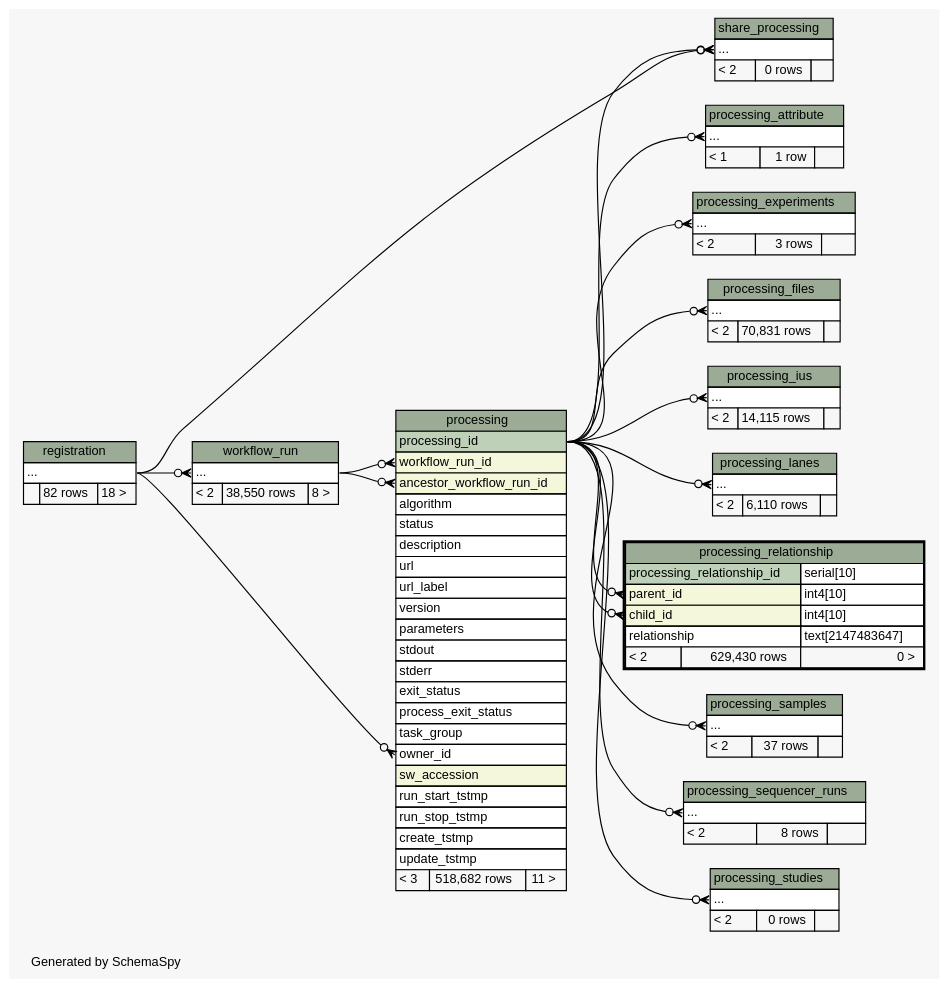
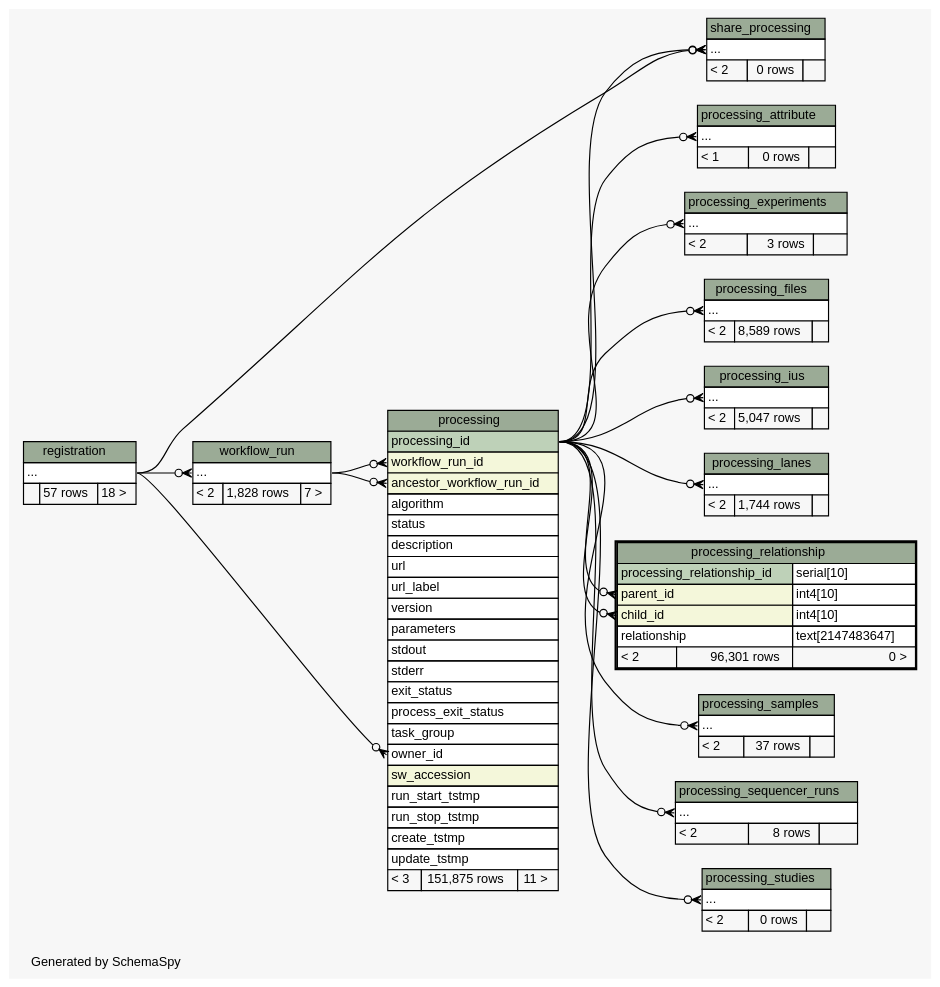
One commit to SeqWare/seqware.github.com changed the diagram in metadb-schema/diagrams/processing_relationship.2degrees.dot. Above: the diagram before and after it, drawn with Graphviz. The commit also changed 376 other files, not shown here.

```diff
--- a/metadb-schema/diagrams/processing_relationship.2degrees.dot
+++ b/metadb-schema/diagrams/processing_relationship.2degrees.dot
@@ -1,191 +1,191 @@
-// dot 2.26.3 on Linux 3.5.0-47-generic
+// dot 2.32.0 on Mac OS X 10.8.3
 // SchemaSpy rev 590
 digraph "twoDegreesRelationshipsDiagram" {
   graph [
     rankdir="RL"
     bgcolor="#f7f7f7"
     label="\nGenerated by SchemaSpy"
     labeljust="l"
     nodesep="0.18"
     ranksep="0.46"
     fontname="Helvetica"
     fontsize="11"
   ];
   node [
     fontname="Helvetica"
     fontsize="11"
     shape="plaintext"
   ];
   edge [
     arrowsize="0.8"
   ];
   "processing":"ancestor_workflow_run_id":w -> "workflow_run":"elipses":e [arrowhead=none dir=back arrowtail=crowodot];
   "processing":"owner_id":w -> "registration":"elipses":e [arrowhead=none dir=back arrowtail=crowodot];
   "processing":"workflow_run_id":w -> "workflow_run":"elipses":e [arrowhead=none dir=back arrowtail=crowodot];
   "processing_attribute":"elipses":w -> "processing":"processing_id":e [arrowhead=none dir=back arrowtail=crowodot];
   "processing_experiments":"elipses":w -> "processing":"processing_id":e [arrowhead=none dir=back arrowtail=crowodot];
   "processing_files":"elipses":w -> "processing":"processing_id":e [arrowhead=none dir=back arrowtail=crowodot];
   "processing_ius":"elipses":w -> "processing":"processing_id":e [arrowhead=none dir=back arrowtail=crowodot];
   "processing_lanes":"elipses":w -> "processing":"processing_id":e [arrowhead=none dir=back arrowtail=crowodot];
   "processing_relationship":"child_id":w -> "processing":"processing_id":e [arrowhead=none dir=back arrowtail=crowodot];
   "processing_relationship":"parent_id":w -> "processing":"processing_id":e [arrowhead=none dir=back arrowtail=crowodot];
   "processing_samples":"elipses":w -> "processing":"processing_id":e [arrowhead=none dir=back arrowtail=crowodot];
   "processing_sequencer_runs":"elipses":w -> "processing":"processing_id":e [arrowhead=none dir=back arrowtail=crowodot];
   "processing_studies":"elipses":w -> "processing":"processing_id":e [arrowhead=none dir=back arrowtail=crowodot];
   "share_processing":"elipses":w -> "processing":"processing_id":e [arrowhead=none dir=back arrowtail=crowodot];
   "share_processing":"elipses":w -> "registration":"elipses":e [arrowhead=none dir=back arrowtail=crowodot];
   "workflow_run":"elipses":w -> "registration":"elipses":e [arrowhead=none dir=back arrowtail=crowodot];
   "processing" [
     label=<
     <TABLE BORDER="0" CELLBORDER="1" CELLSPACING="0" BGCOLOR="#ffffff">
       <TR><TD COLSPAN="3" BGCOLOR="#9bab96" ALIGN="CENTER">processing</TD></TR>
       <TR><TD PORT="processing_id" COLSPAN="3" BGCOLOR="#bed1b8" ALIGN="LEFT">processing_id</TD></TR>
       <TR><TD PORT="workflow_run_id" COLSPAN="3" BGCOLOR="#f4f7da" ALIGN="LEFT">workflow_run_id</TD></TR>
       <TR><TD PORT="ancestor_workflow_run_id" COLSPAN="3" BGCOLOR="#f4f7da" ALIGN="LEFT">ancestor_workflow_run_id</TD></TR>
       <TR><TD PORT="algorithm" COLSPAN="3" ALIGN="LEFT">algorithm</TD></TR>
       <TR><TD PORT="status" COLSPAN="3" ALIGN="LEFT">status</TD></TR>
       <TR><TD PORT="description" COLSPAN="3" ALIGN="LEFT">description</TD></TR>
       <TR><TD PORT="url" COLSPAN="3" ALIGN="LEFT">url</TD></TR>
       <TR><TD PORT="url_label" COLSPAN="3" ALIGN="LEFT">url_label</TD></TR>
       <TR><TD PORT="version" COLSPAN="3" ALIGN="LEFT">version</TD></TR>
       <TR><TD PORT="parameters" COLSPAN="3" ALIGN="LEFT">parameters</TD></TR>
       <TR><TD PORT="stdout" COLSPAN="3" ALIGN="LEFT">stdout</TD></TR>
       <TR><TD PORT="stderr" COLSPAN="3" ALIGN="LEFT">stderr</TD></TR>
       <TR><TD PORT="exit_status" COLSPAN="3" ALIGN="LEFT">exit_status</TD></TR>
       <TR><TD PORT="process_exit_status" COLSPAN="3" ALIGN="LEFT">process_exit_status</TD></TR>
       <TR><TD PORT="task_group" COLSPAN="3" ALIGN="LEFT">task_group</TD></TR>
       <TR><TD PORT="owner_id" COLSPAN="3" ALIGN="LEFT">owner_id</TD></TR>
       <TR><TD PORT="sw_accession" COLSPAN="3" BGCOLOR="#f4f7da" ALIGN="LEFT">sw_accession</TD></TR>
       <TR><TD PORT="run_start_tstmp" COLSPAN="3" ALIGN="LEFT">run_start_tstmp</TD></TR>
       <TR><TD PORT="run_stop_tstmp" COLSPAN="3" ALIGN="LEFT">run_stop_tstmp</TD></TR>
       <TR><TD PORT="create_tstmp" COLSPAN="3" ALIGN="LEFT">create_tstmp</TD></TR>
       <TR><TD PORT="update_tstmp" COLSPAN="3" ALIGN="LEFT">update_tstmp</TD></TR>
-      <TR><TD ALIGN="LEFT" BGCOLOR="#f7f7f7">&lt; 3</TD><TD ALIGN="RIGHT" BGCOLOR="#f7f7f7">518,682 rows</TD><TD ALIGN="RIGHT" BGCOLOR="#f7f7f7">11 &gt;</TD></TR>
+      <TR><TD ALIGN="LEFT" BGCOLOR="#f7f7f7">&lt; 3</TD><TD ALIGN="RIGHT" BGCOLOR="#f7f7f7">151,875 rows</TD><TD ALIGN="RIGHT" BGCOLOR="#f7f7f7">11 &gt;</TD></TR>
     </TABLE>>
     URL="processing.html"
     tooltip="processing"
   ];
   "processing_attribute" [
     label=<
     <TABLE BORDER="0" CELLBORDER="1" CELLSPACING="0" BGCOLOR="#ffffff">
       <TR><TD COLSPAN="3" BGCOLOR="#9bab96" ALIGN="CENTER">processing_attribute</TD></TR>
       <TR><TD PORT="elipses" COLSPAN="3" ALIGN="LEFT">...</TD></TR>
-      <TR><TD ALIGN="LEFT" BGCOLOR="#f7f7f7">&lt; 1</TD><TD ALIGN="RIGHT" BGCOLOR="#f7f7f7">1 row</TD><TD ALIGN="RIGHT" BGCOLOR="#f7f7f7">  </TD></TR>
+      <TR><TD ALIGN="LEFT" BGCOLOR="#f7f7f7">&lt; 1</TD><TD ALIGN="RIGHT" BGCOLOR="#f7f7f7">0 rows</TD><TD ALIGN="RIGHT" BGCOLOR="#f7f7f7">  </TD></TR>
     </TABLE>>
     URL="processing_attribute.html"
     tooltip="processing_attribute"
   ];
   "processing_experiments" [
     label=<
     <TABLE BORDER="0" CELLBORDER="1" CELLSPACING="0" BGCOLOR="#ffffff">
       <TR><TD COLSPAN="3" BGCOLOR="#9bab96" ALIGN="CENTER">processing_experiments</TD></TR>
       <TR><TD PORT="elipses" COLSPAN="3" ALIGN="LEFT">...</TD></TR>
       <TR><TD ALIGN="LEFT" BGCOLOR="#f7f7f7">&lt; 2</TD><TD ALIGN="RIGHT" BGCOLOR="#f7f7f7">3 rows</TD><TD ALIGN="RIGHT" BGCOLOR="#f7f7f7">  </TD></TR>
     </TABLE>>
     URL="processing_experiments.html"
     tooltip="processing_experiments"
   ];
   "processing_files" [
     label=<
     <TABLE BORDER="0" CELLBORDER="1" CELLSPACING="0" BGCOLOR="#ffffff">
       <TR><TD COLSPAN="3" BGCOLOR="#9bab96" ALIGN="CENTER">processing_files</TD></TR>
       <TR><TD PORT="elipses" COLSPAN="3" ALIGN="LEFT">...</TD></TR>
-      <TR><TD ALIGN="LEFT" BGCOLOR="#f7f7f7">&lt; 2</TD><TD ALIGN="RIGHT" BGCOLOR="#f7f7f7">70,831 rows</TD><TD ALIGN="RIGHT" BGCOLOR="#f7f7f7">  </TD></TR>
+      <TR><TD ALIGN="LEFT" BGCOLOR="#f7f7f7">&lt; 2</TD><TD ALIGN="RIGHT" BGCOLOR="#f7f7f7">8,589 rows</TD><TD ALIGN="RIGHT" BGCOLOR="#f7f7f7">  </TD></TR>
     </TABLE>>
     URL="processing_files.html"
     tooltip="processing_files"
   ];
   "processing_ius" [
     label=<
     <TABLE BORDER="0" CELLBORDER="1" CELLSPACING="0" BGCOLOR="#ffffff">
       <TR><TD COLSPAN="3" BGCOLOR="#9bab96" ALIGN="CENTER">processing_ius</TD></TR>
       <TR><TD PORT="elipses" COLSPAN="3" ALIGN="LEFT">...</TD></TR>
-      <TR><TD ALIGN="LEFT" BGCOLOR="#f7f7f7">&lt; 2</TD><TD ALIGN="RIGHT" BGCOLOR="#f7f7f7">14,115 rows</TD><TD ALIGN="RIGHT" BGCOLOR="#f7f7f7">  </TD></TR>
+      <TR><TD ALIGN="LEFT" BGCOLOR="#f7f7f7">&lt; 2</TD><TD ALIGN="RIGHT" BGCOLOR="#f7f7f7">5,047 rows</TD><TD ALIGN="RIGHT" BGCOLOR="#f7f7f7">  </TD></TR>
     </TABLE>>
     URL="processing_ius.html"
     tooltip="processing_ius"
   ];
   "processing_lanes" [
     label=<
     <TABLE BORDER="0" CELLBORDER="1" CELLSPACING="0" BGCOLOR="#ffffff">
       <TR><TD COLSPAN="3" BGCOLOR="#9bab96" ALIGN="CENTER">processing_lanes</TD></TR>
       <TR><TD PORT="elipses" COLSPAN="3" ALIGN="LEFT">...</TD></TR>
-      <TR><TD ALIGN="LEFT" BGCOLOR="#f7f7f7">&lt; 2</TD><TD ALIGN="RIGHT" BGCOLOR="#f7f7f7">6,110 rows</TD><TD ALIGN="RIGHT" BGCOLOR="#f7f7f7">  </TD></TR>
+      <TR><TD ALIGN="LEFT" BGCOLOR="#f7f7f7">&lt; 2</TD><TD ALIGN="RIGHT" BGCOLOR="#f7f7f7">1,744 rows</TD><TD ALIGN="RIGHT" BGCOLOR="#f7f7f7">  </TD></TR>
     </TABLE>>
     URL="processing_lanes.html"
     tooltip="processing_lanes"
   ];
   "processing_relationship" [
     label=<
     <TABLE BORDER="2" CELLBORDER="1" CELLSPACING="0" BGCOLOR="#ffffff">
       <TR><TD COLSPAN="3" BGCOLOR="#9bab96" ALIGN="CENTER">processing_relationship</TD></TR>
       <TR><TD PORT="processing_relationship_id" COLSPAN="2" BGCOLOR="#bed1b8" ALIGN="LEFT">processing_relationship_id</TD><TD PORT="processing_relationship_id.type" ALIGN="LEFT">serial[10]</TD></TR>
       <TR><TD PORT="parent_id" COLSPAN="2" BGCOLOR="#f4f7da" ALIGN="LEFT">parent_id</TD><TD PORT="parent_id.type" ALIGN="LEFT">int4[10]</TD></TR>
       <TR><TD PORT="child_id" COLSPAN="2" BGCOLOR="#f4f7da" ALIGN="LEFT">child_id</TD><TD PORT="child_id.type" ALIGN="LEFT">int4[10]</TD></TR>
       <TR><TD PORT="relationship" COLSPAN="2" ALIGN="LEFT">relationship</TD><TD PORT="relationship.type" ALIGN="LEFT">text[2147483647]</TD></TR>
-      <TR><TD ALIGN="LEFT" BGCOLOR="#f7f7f7">&lt; 2</TD><TD ALIGN="RIGHT" BGCOLOR="#f7f7f7">629,430 rows</TD><TD ALIGN="RIGHT" BGCOLOR="#f7f7f7">0 &gt;</TD></TR>
+      <TR><TD ALIGN="LEFT" BGCOLOR="#f7f7f7">&lt; 2</TD><TD ALIGN="RIGHT" BGCOLOR="#f7f7f7">96,301 rows</TD><TD ALIGN="RIGHT" BGCOLOR="#f7f7f7">0 &gt;</TD></TR>
     </TABLE>>
     URL="processing_relationship.html"
     tooltip="processing_relationship"
   ];
   "processing_samples" [
     label=<
     <TABLE BORDER="0" CELLBORDER="1" CELLSPACING="0" BGCOLOR="#ffffff">
       <TR><TD COLSPAN="3" BGCOLOR="#9bab96" ALIGN="CENTER">processing_samples</TD></TR>
       <TR><TD PORT="elipses" COLSPAN="3" ALIGN="LEFT">...</TD></TR>
       <TR><TD ALIGN="LEFT" BGCOLOR="#f7f7f7">&lt; 2</TD><TD ALIGN="RIGHT" BGCOLOR="#f7f7f7">37 rows</TD><TD ALIGN="RIGHT" BGCOLOR="#f7f7f7">  </TD></TR>
     </TABLE>>
     URL="processing_samples.html"
     tooltip="processing_samples"
   ];
   "processing_sequencer_runs" [
     label=<
     <TABLE BORDER="0" CELLBORDER="1" CELLSPACING="0" BGCOLOR="#ffffff">
       <TR><TD COLSPAN="3" BGCOLOR="#9bab96" ALIGN="CENTER">processing_sequencer_runs</TD></TR>
       <TR><TD PORT="elipses" COLSPAN="3" ALIGN="LEFT">...</TD></TR>
       <TR><TD ALIGN="LEFT" BGCOLOR="#f7f7f7">&lt; 2</TD><TD ALIGN="RIGHT" BGCOLOR="#f7f7f7">8 rows</TD><TD ALIGN="RIGHT" BGCOLOR="#f7f7f7">  </TD></TR>
     </TABLE>>
     URL="processing_sequencer_runs.html"
     tooltip="processing_sequencer_runs"
   ];
   "processing_studies" [
     label=<
     <TABLE BORDER="0" CELLBORDER="1" CELLSPACING="0" BGCOLOR="#ffffff">
       <TR><TD COLSPAN="3" BGCOLOR="#9bab96" ALIGN="CENTER">processing_studies</TD></TR>
       <TR><TD PORT="elipses" COLSPAN="3" ALIGN="LEFT">...</TD></TR>
       <TR><TD ALIGN="LEFT" BGCOLOR="#f7f7f7">&lt; 2</TD><TD ALIGN="RIGHT" BGCOLOR="#f7f7f7">0 rows</TD><TD ALIGN="RIGHT" BGCOLOR="#f7f7f7">  </TD></TR>
     </TABLE>>
     URL="processing_studies.html"
     tooltip="processing_studies"
   ];
   "registration" [
     label=<
     <TABLE BORDER="0" CELLBORDER="1" CELLSPACING="0" BGCOLOR="#ffffff">
       <TR><TD COLSPAN="3" BGCOLOR="#9bab96" ALIGN="CENTER">registration</TD></TR>
       <TR><TD PORT="elipses" COLSPAN="3" ALIGN="LEFT">...</TD></TR>
-      <TR><TD ALIGN="LEFT" BGCOLOR="#f7f7f7">  </TD><TD ALIGN="RIGHT" BGCOLOR="#f7f7f7">82 rows</TD><TD ALIGN="RIGHT" BGCOLOR="#f7f7f7">18 &gt;</TD></TR>
+      <TR><TD ALIGN="LEFT" BGCOLOR="#f7f7f7">  </TD><TD ALIGN="RIGHT" BGCOLOR="#f7f7f7">57 rows</TD><TD ALIGN="RIGHT" BGCOLOR="#f7f7f7">18 &gt;</TD></TR>
     </TABLE>>
     URL="registration.html"
     tooltip="registration"
   ];
   "share_processing" [
     label=<
     <TABLE BORDER="0" CELLBORDER="1" CELLSPACING="0" BGCOLOR="#ffffff">
       <TR><TD COLSPAN="3" BGCOLOR="#9bab96" ALIGN="CENTER">share_processing</TD></TR>
       <TR><TD PORT="elipses" COLSPAN="3" ALIGN="LEFT">...</TD></TR>
       <TR><TD ALIGN="LEFT" BGCOLOR="#f7f7f7">&lt; 2</TD><TD ALIGN="RIGHT" BGCOLOR="#f7f7f7">0 rows</TD><TD ALIGN="RIGHT" BGCOLOR="#f7f7f7">  </TD></TR>
     </TABLE>>
     URL="share_processing.html"
     tooltip="share_processing"
   ];
   "workflow_run" [
     label=<
     <TABLE BORDER="0" CELLBORDER="1" CELLSPACING="0" BGCOLOR="#ffffff">
       <TR><TD COLSPAN="3" BGCOLOR="#9bab96" ALIGN="CENTER">workflow_run</TD></TR>
       <TR><TD PORT="elipses" COLSPAN="3" ALIGN="LEFT">...</TD></TR>
-      <TR><TD ALIGN="LEFT" BGCOLOR="#f7f7f7">&lt; 2</TD><TD ALIGN="RIGHT" BGCOLOR="#f7f7f7">38,550 rows</TD><TD ALIGN="RIGHT" BGCOLOR="#f7f7f7">8 &gt;</TD></TR>
+      <TR><TD ALIGN="LEFT" BGCOLOR="#f7f7f7">&lt; 2</TD><TD ALIGN="RIGHT" BGCOLOR="#f7f7f7">1,828 rows</TD><TD ALIGN="RIGHT" BGCOLOR="#f7f7f7">7 &gt;</TD></TR>
     </TABLE>>
     URL="workflow_run.html"
     tooltip="workflow_run"
   ];
 }
```
